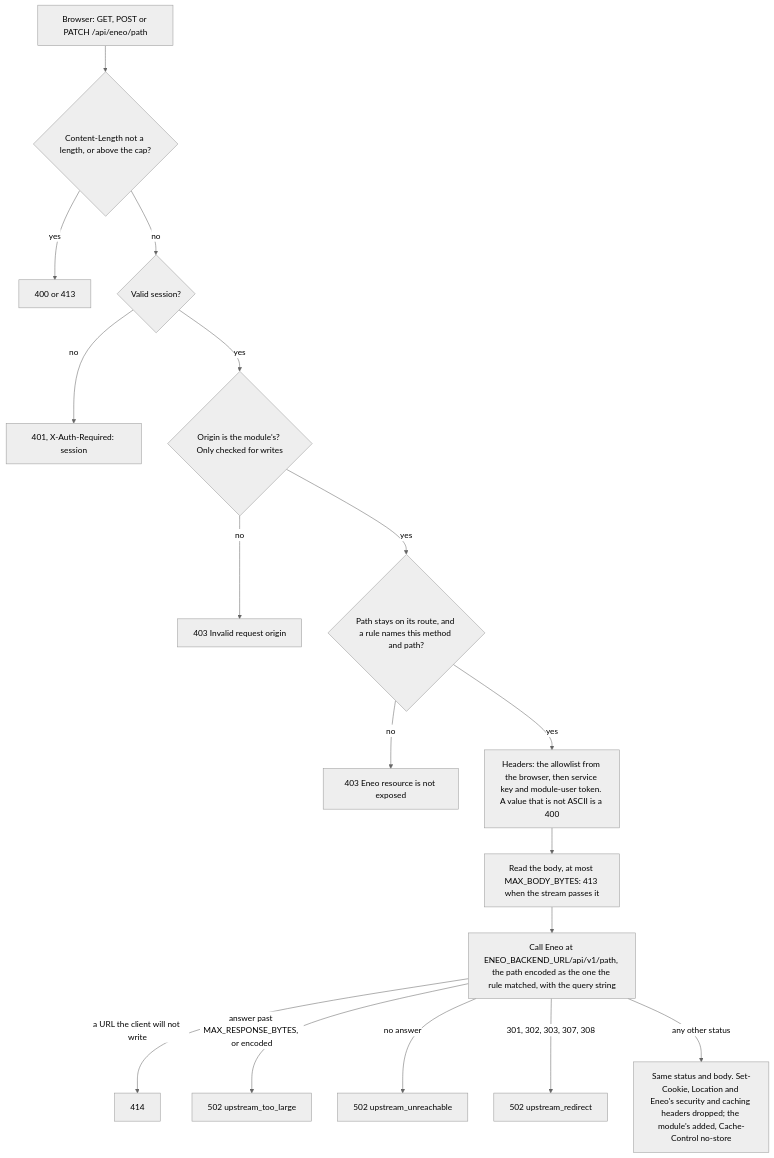
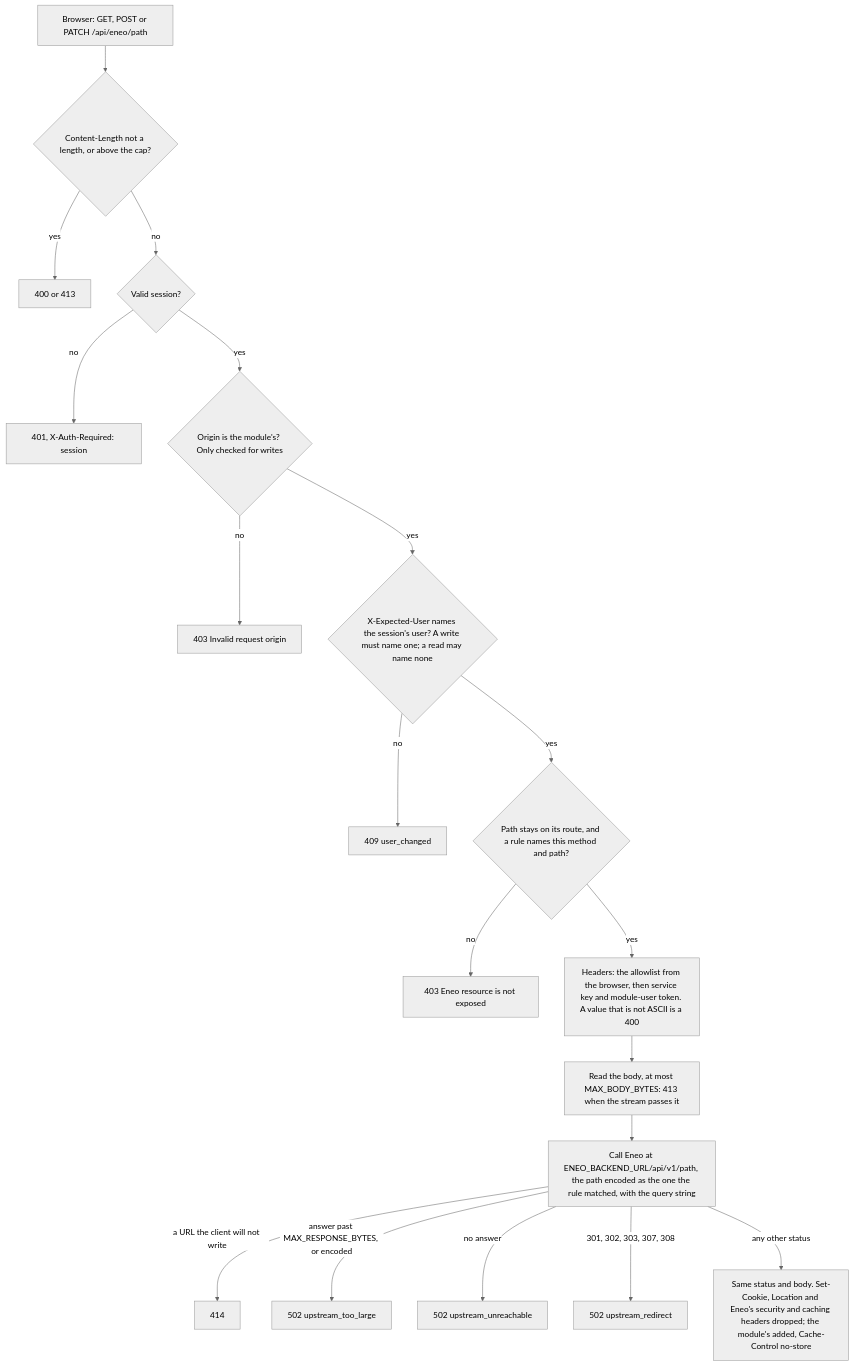
Before and after one commit to eneo-ai/eneo-module-kit: the sixth of 14 diagrams in docs/architecture.md, drawn with Mermaid (neutral theme). The commit also changed other lines of this file and 19 other files, not shown here.

First line of the commit message:
feat: a write names the page's user, and the BFF refuses it under another's session

````diff
--- a/docs/architecture.md
+++ b/docs/architecture.md
@@ -163,19 +163,21 @@
 ```mermaid
 flowchart TB
   r["Browser: GET, POST or PATCH /api/eneo/path"] --> l{"Content-Length not a length, or above the cap?"}
   l -->|"yes"| e413["400 or 413"]
   l -->|"no"| s{"Valid session?"}
   s -->|"no"| e401["401, X-Auth-Required: session"]
   s -->|"yes"| o{"Origin is the module's? Only checked for writes"}
   o -->|"no"| e403a["403 Invalid request origin"]
-  o -->|"yes"| a{"Path stays on its route, and a rule names this method and path?"}
+  o -->|"yes"| u{"X-Expected-User names the session's user? A write must name one; a read may name none"}
+  u -->|"no"| e409["409 user_changed"]
+  u -->|"yes"| a{"Path stays on its route, and a rule names this method and path?"}
   a -->|"no"| e403b["403 Eneo resource is not exposed"]
   a -->|"yes"| h["Headers: the allowlist from the browser, then service key and module-user token. A value that is not ASCII is a 400"]
   h --> b["Read the body, at most MAX_BODY_BYTES: 413 when the stream passes it"]
   b --> up["Call Eneo at ENEO_BACKEND_URL/api/v1/path, the path encoded as the one the rule matched, with the query string"]
   up -->|"a URL the client will not write"| e414["414"]
   up -->|"answer past MAX_RESPONSE_BYTES, or encoded"| e502c["502 upstream_too_large"]
   up -->|"no answer"| e502a["502 upstream_unreachable"]
   up -->|"301, 302, 303, 307, 308"| e502b["502 upstream_redirect"]
   up -->|"any other status"| resp["Same status and body. Set-Cookie, Location and Eneo's security and caching headers dropped; the module's added, Cache-Control no-store"]
 ```
````
